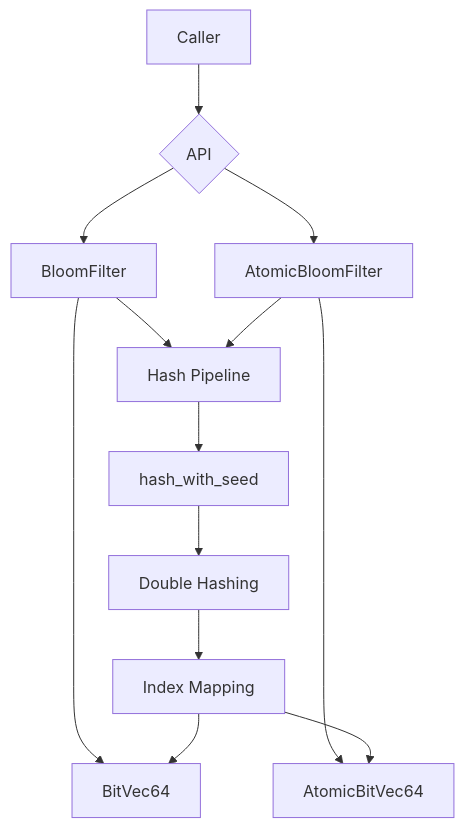
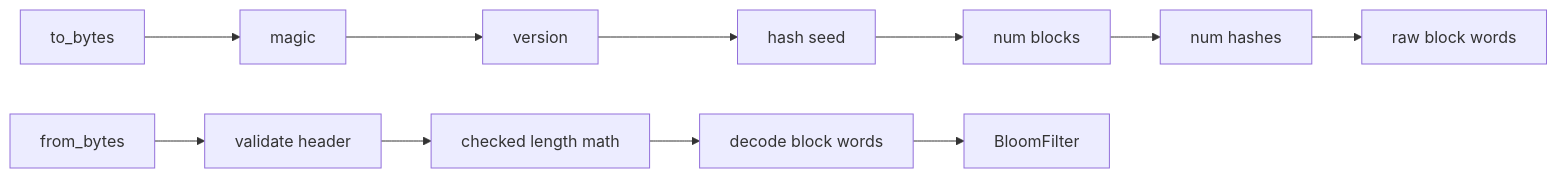
One commit to Aditya-1304/bloom-bloom changed the sixth of 8 diagrams in README.md. Above: the diagram before and after it, drawn with Mermaid. The commit also changed other lines of this file, not shown here.

````diff
--- a/README.md
+++ b/README.md
@@ -58,15 +240,14 @@
 ```mermaid
-flowchart TD
-    A[Caller] --> B{API}
-    B --> C[BloomFilter]
-    B --> D[AtomicBloomFilter]
-    C --> E[BitVec64]
-    D --> F[AtomicBitVec64]
-    C --> G[Hash Pipeline]
-    D --> G
-    G --> H[hash_with_seed]
-    H --> I[Double Hashing]
-    I --> J[Index Mapping]
-    J --> E
-    J --> F
+flowchart LR
+    A[to_bytes] --> B[magic]
+    B --> C[version]
+    C --> D[hash seed]
+    D --> E[num blocks]
+    E --> F[num hashes]
+    F --> G[raw block words]
+
+    H[from_bytes] --> I[validate header]
+    I --> J[checked length math]
+    J --> K[decode block words]
+    K --> L[BloomFilter]
 ```
````
